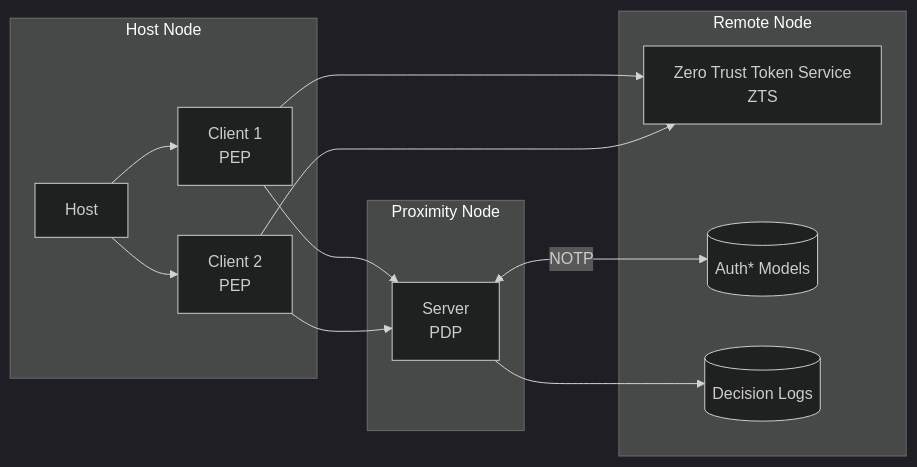
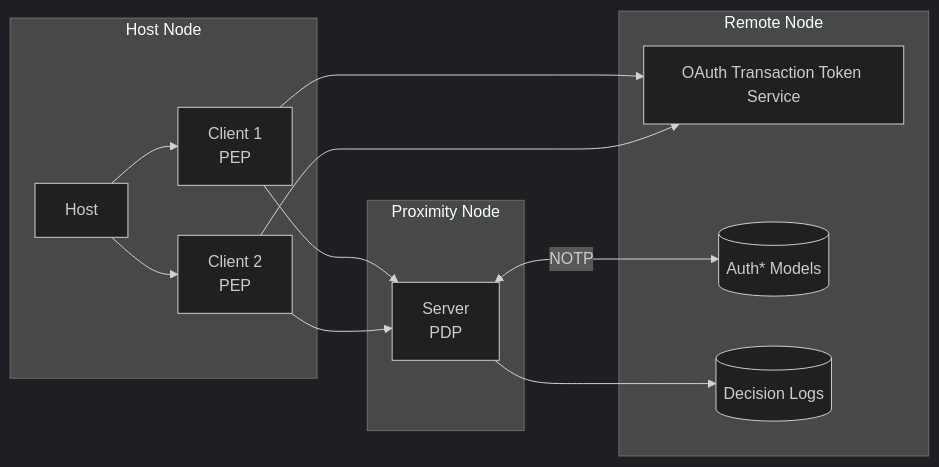
The diagram in content/openprotocolspec/2025-04-05/architecture/_index.md (ztauthstar/ztauthstar), drawn with Mermaid (dark theme) before and after one commit. The commit also changed other lines of this file and 2 other files, not shown here.

````diff
--- a/content/openprotocolspec/2025-04-05/architecture/_index.md
+++ b/content/openprotocolspec/2025-04-05/architecture/_index.md
@@ -31,27 +31,27 @@
 ```mermaid
 graph LR
     subgraph "Host Node"
         H[Host]
         C1[Client 1 <br> PEP]
         C2[Client 2 <br> PEP]
         H --> C1
         H --> C2
     end
 
     subgraph "Proximity Node"
         S1[Server <br> PDP]
         C1 --> S1
         C2 --> S1
     end
 
     subgraph "Remote Node"
-        ZTS["Zero Trust Token Service<br>ZTS"]
+        OTT["OAuth Transaction Token Service"]
         MR[("Auth* Models")]
         DL[(Decision Logs)]
 
-        C1 --> ZTS
-        C2 --> ZTS
-        S1 <-- "NOTP" -->  MR
+        C1 --> OTT
+        C2 --> OTT
+        S1 <-- "NOTP" --> MR
         S1 --> DL
     end
 ```
````
